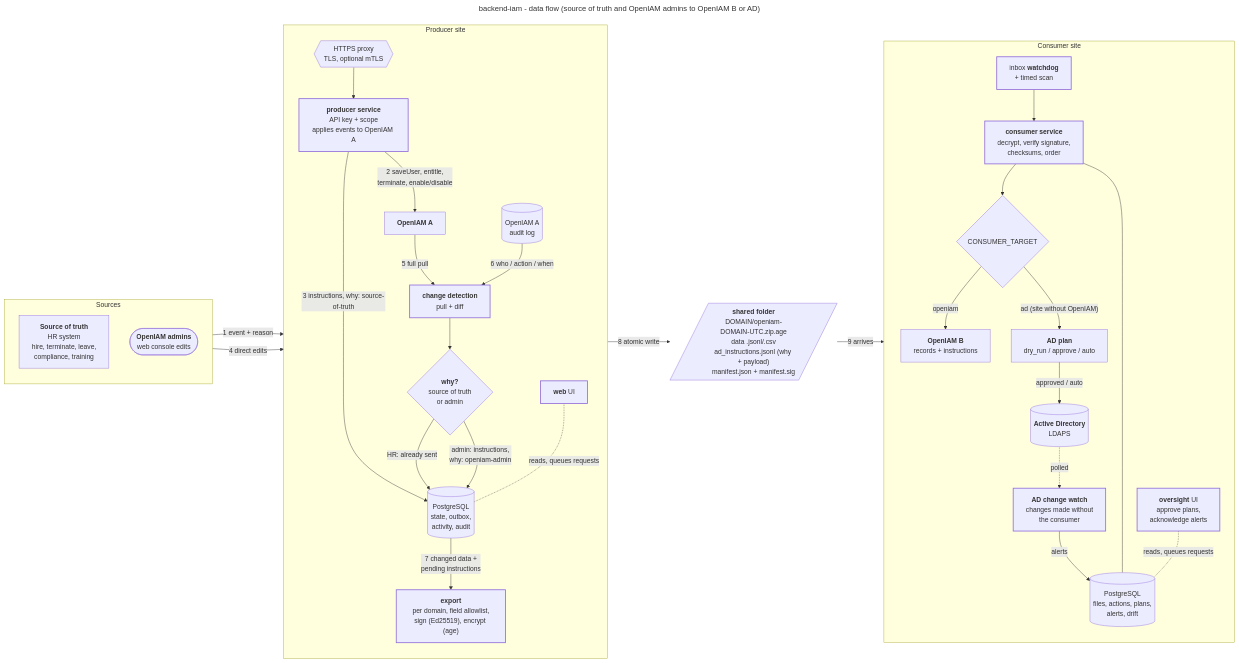
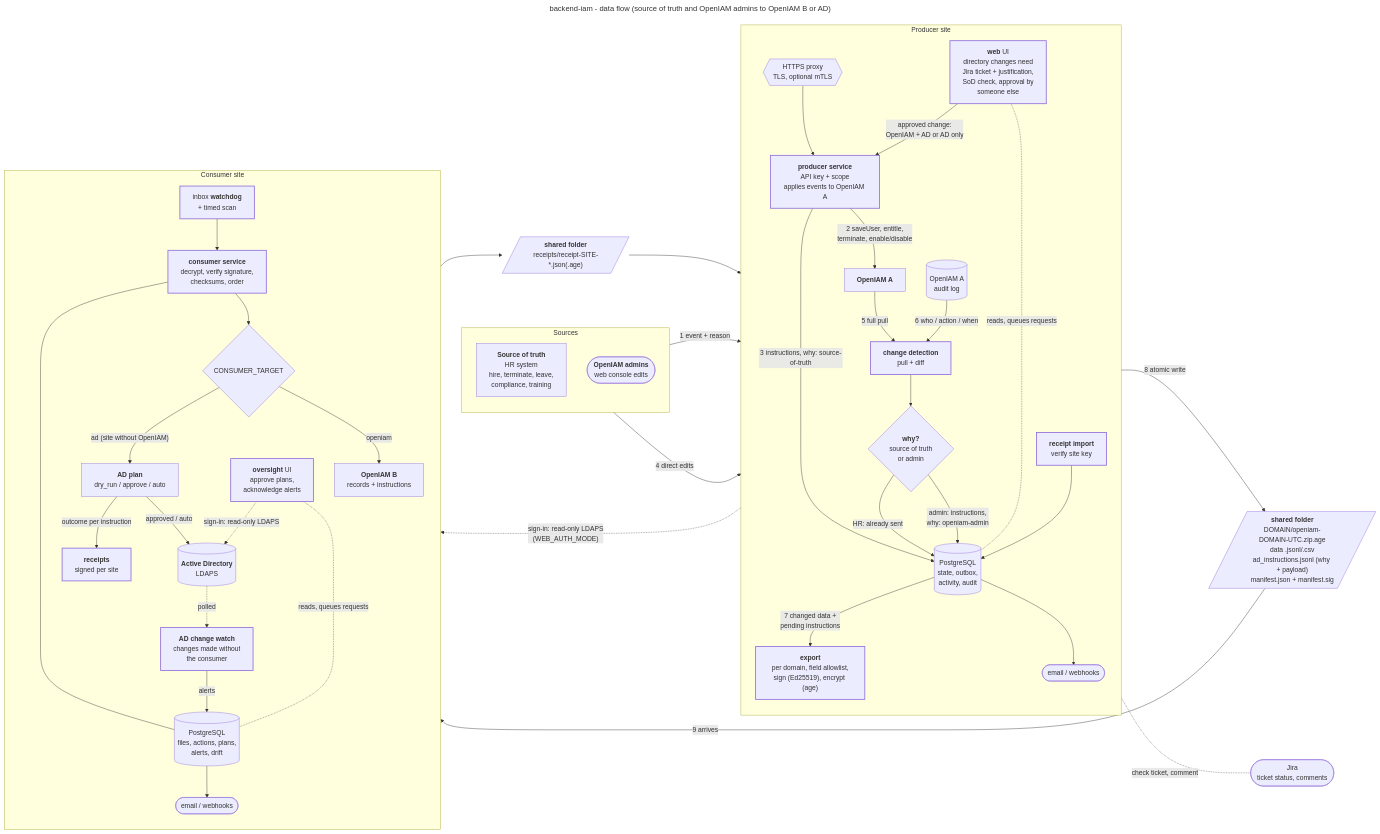
The diagram in docs/data-flow.mmd (darth-blackhat/IAM-Flask), drawn with Mermaid before and after one commit. The commit also changed 13 other files, not shown here.

```diff
--- a/docs/data-flow.mmd
+++ b/docs/data-flow.mmd
@@ -1,62 +1,75 @@
 ---
 title: backend-iam - data flow (source of truth and OpenIAM admins to OpenIAM B or AD)
 ---
 flowchart LR
     subgraph SRC["Sources"]
         direction TB
         HR["<b>Source of truth</b><br/>HR system<br/>hire, terminate, leave,<br/>compliance, training"]
         ADM(["<b>OpenIAM admins</b><br/>web console edits"])
     end
 
     subgraph PS["Producer site"]
         direction TB
         PX1{{"HTTPS proxy<br/>TLS, optional mTLS"}}
         P["<b>producer service</b><br/>API key + scope<br/>applies events to OpenIAM A"]
         OA["<b>OpenIAM A</b>"]
         AU[("OpenIAM A<br/>audit log")]
         CD["<b>change detection</b><br/>pull + diff"]
         WHY{"<b>why?</b><br/>source of truth<br/>or admin"}
         DBA[("PostgreSQL<br/>state, outbox,<br/>activity, audit")]
         EX["<b>export</b><br/>per domain, field allowlist,<br/>sign (Ed25519), encrypt (age)"]
-        WA["<b>web</b> UI"]
+        WA["<b>web</b> UI<br/>directory changes need<br/>Jira ticket + justification,<br/>SoD check, approval by<br/>someone else"]
+        RI["<b>receipt import</b><br/>verify site key"]
+        NA(["email / webhooks"])
     end
+    JI(["Jira<br/>ticket status, comments"])
 
     SH[/"<b>shared folder</b><br/>DOMAIN/openiam-DOMAIN-UTC.zip.age<br/>data .jsonl/.csv<br/>ad_instructions.jsonl (why + payload)<br/>manifest.json + manifest.sig"/]
 
     subgraph RS["Consumer site"]
         direction TB
         WD["inbox <b>watchdog</b><br/>+ timed scan"]
         C["<b>consumer service</b><br/>decrypt, verify signature,<br/>checksums, order"]
         T{"CONSUMER_TARGET"}
         OB["<b>OpenIAM B</b><br/>records + instructions"]
         PL["<b>AD plan</b><br/>dry_run / approve / auto"]
         AD[("<b>Active Directory</b><br/>LDAPS")]
         AW["<b>AD change watch</b><br/>changes made without<br/>the consumer"]
         DBB[("PostgreSQL<br/>files, actions, plans,<br/>alerts, drift")]
         OV["<b>oversight</b> UI<br/>approve plans,<br/>acknowledge alerts"]
+        RW["<b>receipts</b><br/>signed per site"]
+        NB(["email / webhooks"])
     end
+    SR[/"<b>shared folder</b><br/>receipts/receipt-SITE-*.json(.age)"/]
 
     HR -- "1 event + reason" --> PX1 --> P
     P -- "2 saveUser, entitle,<br/>terminate, enable/disable" --> OA
     P -- "3 instructions, why: source-of-truth" --> DBA
     ADM -- "4 direct edits" --> OA
     OA -- "5 full pull" --> CD
     AU -- "6 who / action / when" --> CD
     CD --> WHY
     WHY -- "HR: already sent" --> DBA
     WHY -- "admin: instructions,<br/>why: openiam-admin" --> DBA
     DBA -- "7 changed data +<br/>pending instructions" --> EX
     EX -- "8 atomic write" --> SH
     SH -- "9 arrives" --> WD --> C
     C --> T
     T -- "openiam" --> OB
     T -- "ad (site without OpenIAM)" --> PL
     PL -- "approved / auto" --> AD
     AD -. "polled" .-> AW
     AW -- "alerts" --> DBB
     C --- DBB
     OV -. "reads, queues requests" .- DBB
     WA -. "reads, queues requests" .- DBA
+    WA -- "approved change:<br/>OpenIAM + AD or AD only" --> P
+    P -. "check ticket, comment" .- JI
+    PL -- "outcome per instruction" --> RW --> SR --> RI --> DBA
+    DBA --> NA
+    DBB --> NB
+    WA -. "sign-in: read-only LDAPS<br/>(WEB_AUTH_MODE)" .-> AD
+    OV -. "sign-in: read-only LDAPS" .-> AD
 
     classDef svc stroke-width:2px
-    class P,C,WA,OV,CD,EX,WD,AW svc
+    class P,C,WA,OV,CD,EX,WD,AW,RI,RW svc
```
